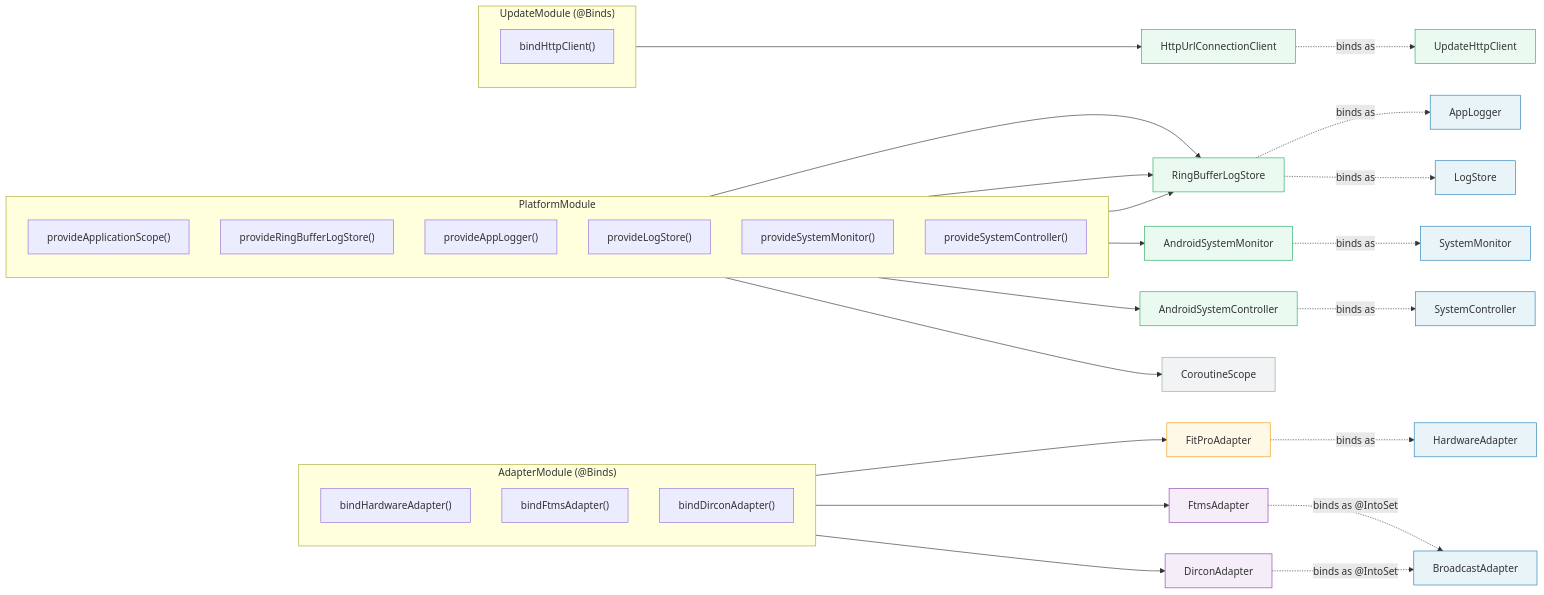
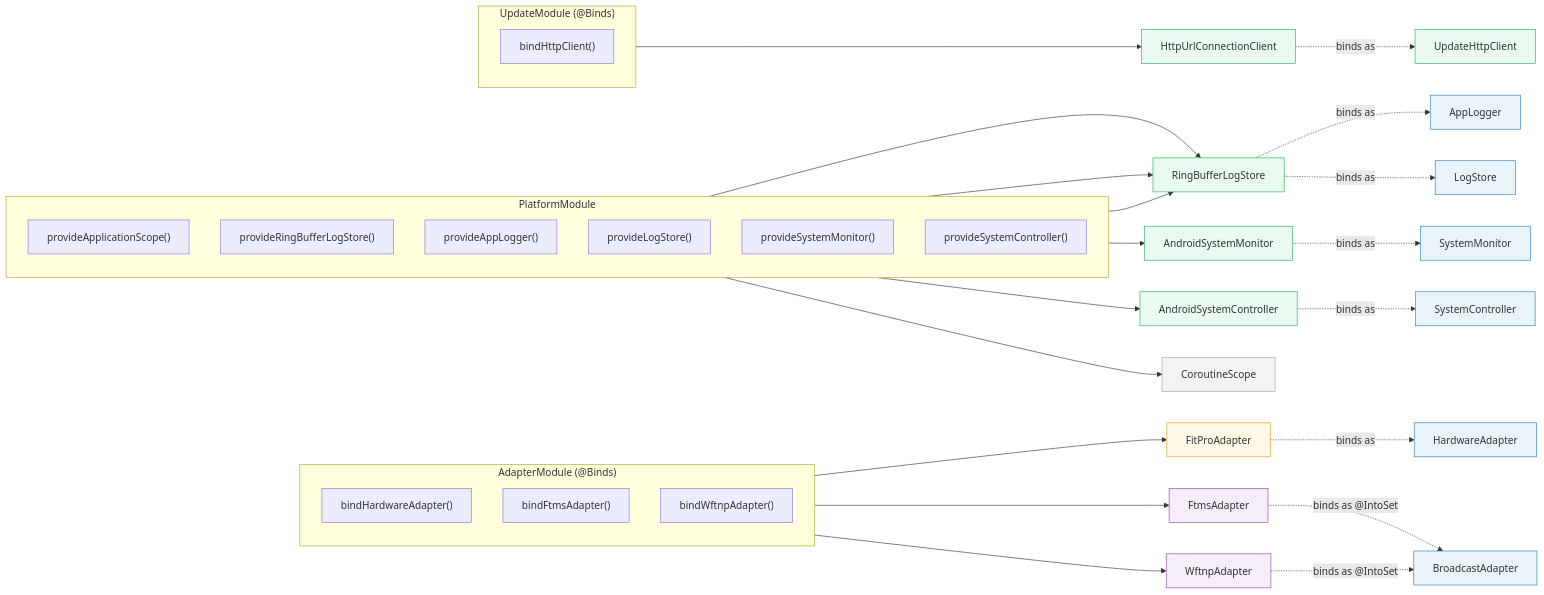
Before and after one commit to ball2jh/Hyperborea: the tenth of 11 diagrams in docs/architecture.md, drawn with Mermaid. The commit also changed other lines of this file and 191 other files, not shown here.

````diff
--- a/docs/architecture.md
+++ b/docs/architecture.md
@@ -565,52 +565,52 @@
 ```mermaid
 flowchart LR
     subgraph AdapterModule["AdapterModule (@Binds)"]
         direction TB
         AM_hw["bindHardwareAdapter()"]
         AM_ftms["bindFtmsAdapter()"]
-        AM_dir["bindDirconAdapter()"]
+        AM_dir["bindWftnpAdapter()"]
     end
 
     subgraph PlatformModule
         direction TB
         PM_scope["provideApplicationScope()"]
         PM_log["provideRingBufferLogStore()"]
         PM_al["provideAppLogger()"]
         PM_ls["provideLogStore()"]
         PM_sm["provideSystemMonitor()"]
         PM_sc["provideSystemController()"]
     end
 
     subgraph UpdateModule["UpdateModule (@Binds)"]
         direction TB
         UM_http["bindHttpClient()"]
     end
 
     AM_hw --> FitProAdapter:::hw
     AM_ftms --> FtmsAdapter:::bc
-    AM_dir --> DirconAdapter:::bc
+    AM_dir --> WftnpAdapter:::bc
 
     PM_log --> RingBufferLogStore:::app
     PM_al --> RingBufferLogStore
     PM_ls --> RingBufferLogStore
     PM_sm --> AndroidSystemMonitor:::app
     PM_sc --> AndroidSystemController:::app
     PM_scope --> CoroutineScope:::ext
 
     UM_http --> HttpUrlConnectionClient:::app
 
     FitProAdapter -. "binds as" .-> HardwareAdapter:::core
     FtmsAdapter -. "binds as @IntoSet" .-> BroadcastAdapter:::core
-    DirconAdapter -. "binds as @IntoSet" .-> BroadcastAdapter
+    WftnpAdapter -. "binds as @IntoSet" .-> BroadcastAdapter
     RingBufferLogStore -. "binds as" .-> AppLogger:::core
     RingBufferLogStore -. "binds as" .-> LogStore:::core
     AndroidSystemMonitor -. "binds as" .-> SystemMonitor:::core
     AndroidSystemController -. "binds as" .-> SystemController:::core
     HttpUrlConnectionClient -. "binds as" .-> UpdateHttpClient:::app
 
     classDef core fill:#e8f4f8,stroke:#2980b9
     classDef hw fill:#fef9e7,stroke:#f39c12
     classDef bc fill:#f5eef8,stroke:#8e44ad
     classDef app fill:#eafaf1,stroke:#27ae60
     classDef ext fill:#f2f3f4,stroke:#95a5a6
 ```
````
